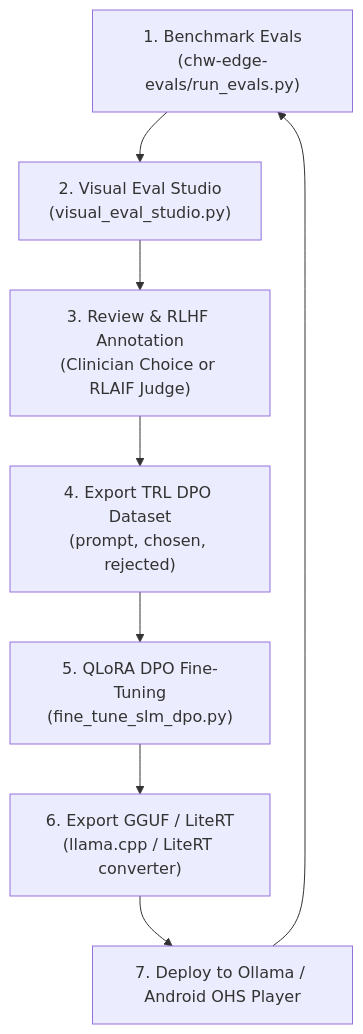
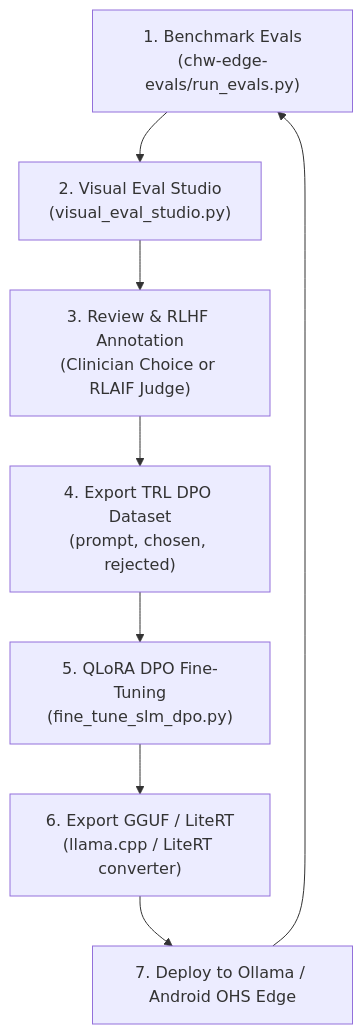
The diagram in OPEN_SOURCE_EVALS_AND_RLHF_GUIDE.md (fredhersch/ohs-edge-evals), drawn with Mermaid before and after one commit. The commit also changed other lines of this file and 7 other files, not shown here.

Commit message:
refactor: rename OHS Player to OHS Edge across docs, web app, and evals

````diff
--- a/OPEN_SOURCE_EVALS_AND_RLHF_GUIDE.md
+++ b/OPEN_SOURCE_EVALS_AND_RLHF_GUIDE.md
@@ -65,10 +65,10 @@
 ```mermaid
 flowchart TD
     A["1. Benchmark Evals\n(chw-edge-evals/run_evals.py)"] --> B["2. Visual Eval Studio\n(visual_eval_studio.py)"]
     B --> C["3. Review & RLHF Annotation\n(Clinician Choice or RLAIF Judge)"]
     C --> D["4. Export TRL DPO Dataset\n(prompt, chosen, rejected)"]
     D --> E["5. QLoRA DPO Fine-Tuning\n(fine_tune_slm_dpo.py)"]
     E --> F["6. Export GGUF / LiteRT\n(llama.cpp / LiteRT converter)"]
-    F --> G["7. Deploy to Ollama / Android OHS Player"]
+    F --> G["7. Deploy to Ollama / Android OHS Edge"]
     G --> A
 ```
````
